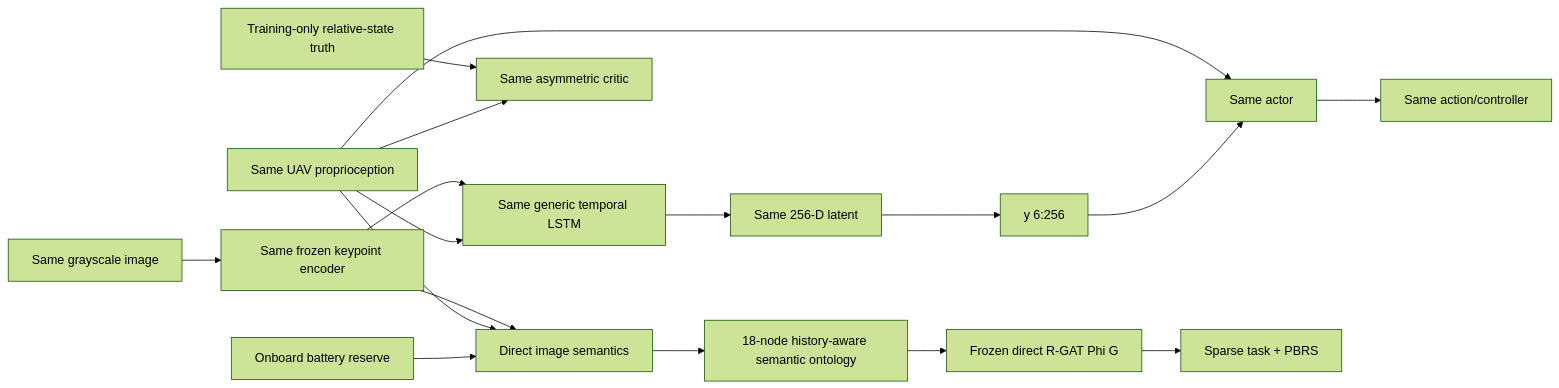
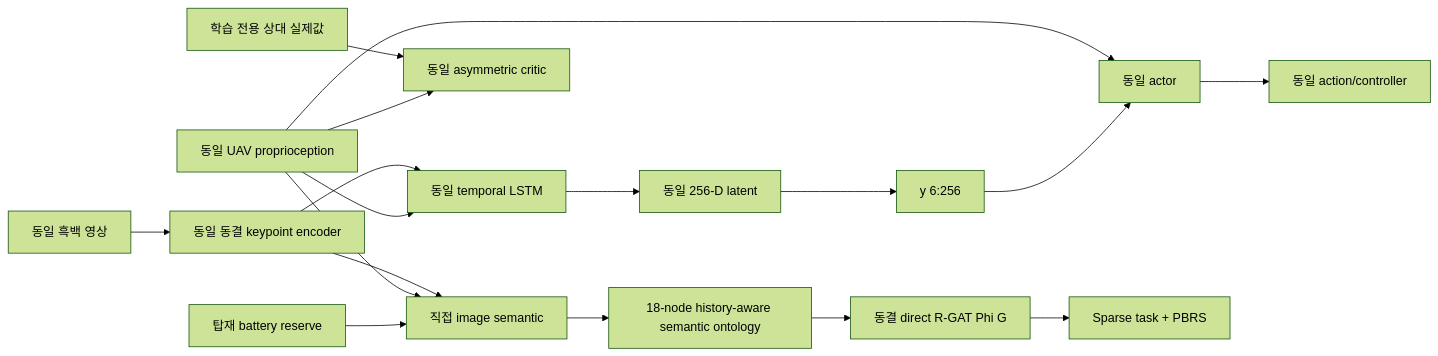
Before and after one commit to junsuk123/OntoReward-RL: the third of 3 diagrams in Ontology_RGAT_UAV_RL_ISAAC_PX4/docs/THREE_PIPELINE_COMPARISON.md, drawn with Mermaid (forest theme). The commit also changed other lines of this file and 14 other files, not shown here.

````diff
--- a/Ontology_RGAT_UAV_RL_ISAAC_PX4/docs/THREE_PIPELINE_COMPARISON.md
+++ b/Ontology_RGAT_UAV_RL_ISAAC_PX4/docs/THREE_PIPELINE_COMPARISON.md
@@ -68,19 +66,19 @@
 ```mermaid
 flowchart LR
-  I[Same grayscale image] --> K[Same frozen keypoint encoder]
-  K --> T[Same generic temporal LSTM]
-  U[Same UAV proprioception] --> T
-  T --> Y[Same 256-D latent]
+  I[동일 흑백 영상] --> K[동일 동결 keypoint encoder]
+  K --> T[동일 temporal LSTM]
+  U[동일 UAV proprioception] --> T
+  T --> Y[동일 256-D latent]
   Y --> S[y 6:256]
-  U --> A[Same actor]
+  U --> A[동일 actor]
   S --> A
-  A --> C[Same action/controller]
-  GT[Training-only relative-state truth] --> V[Same asymmetric critic]
+  A --> C[동일 action/controller]
+  GT[학습 전용 상대 실제값] --> V[동일 asymmetric critic]
   U --> V
-  K --> O[Direct image semantics]
+  K --> O[직접 image semantic]
   U --> O
-  B[Onboard battery reserve] --> O
+  B[탑재 battery reserve] --> O
   O --> G[18-node history-aware semantic ontology]
-  G --> P[Frozen direct R-GAT Phi G]
+  G --> P[동결 direct R-GAT Phi G]
   P --> R[Sparse task + PBRS]
 ```
````
